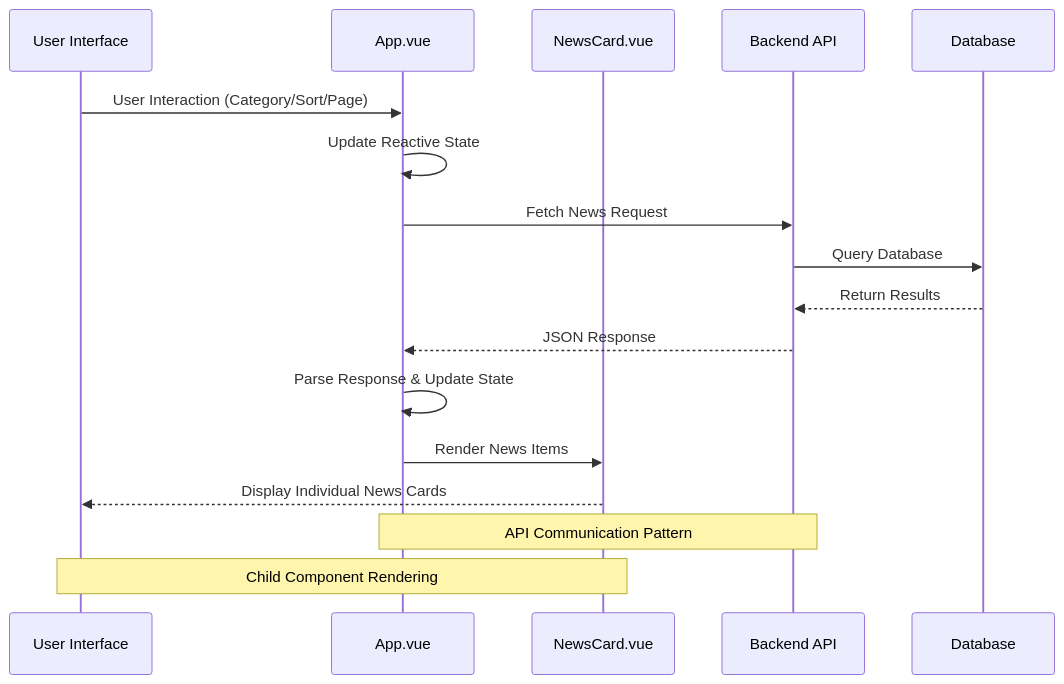
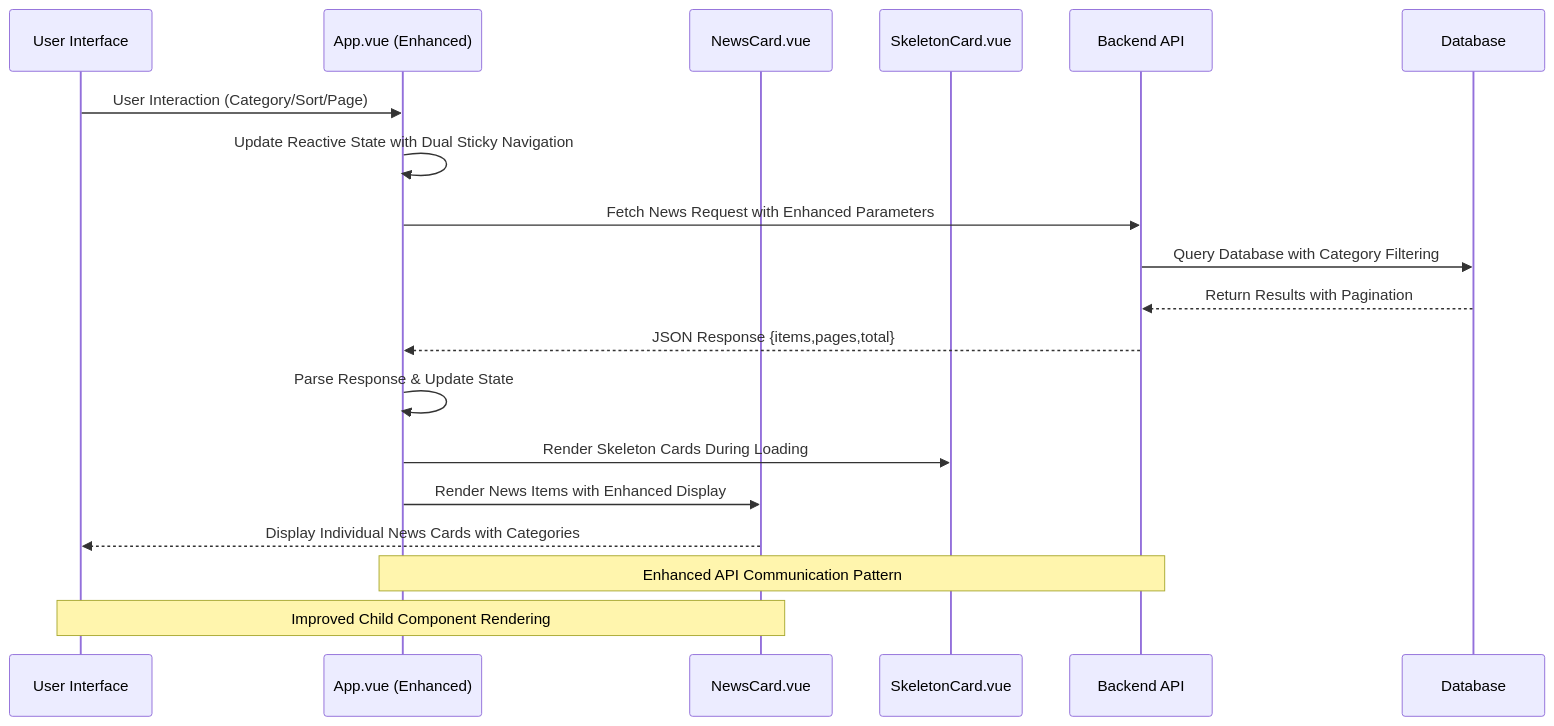
Before and after one commit to zbw-zbw/news-aggregator: the second of 11 diagrams in .qoder/repowiki/en/content/Frontend Application/App Component.md, drawn with Mermaid. The commit also changed other lines of this file and 4 other files, not shown here.

````diff
--- a/.qoder/repowiki/en/content/Frontend Application/App Component.md
+++ b/.qoder/repowiki/en/content/Frontend Application/App Component.md
@@ -92,19 +113,21 @@
 ```mermaid
 sequenceDiagram
 participant U as User Interface
-participant A as App.vue
+participant A as App.vue (Enhanced)
 participant S as NewsCard.vue
+participant SK as SkeletonCard.vue
 participant B as Backend API
 participant D as Database
 U->>A : User Interaction (Category/Sort/Page)
-A->>A : Update Reactive State
-A->>B : Fetch News Request
-B->>D : Query Database
-D-->>B : Return Results
-B-->>A : JSON Response
+A->>A : Update Reactive State with Dual Sticky Navigation
+A->>B : Fetch News Request with Enhanced Parameters
+B->>D : Query Database with Category Filtering
+D-->>B : Return Results with Pagination
+B-->>A : JSON Response {items,pages,total}
 A->>A : Parse Response & Update State
-A->>S : Render News Items
-S-->>U : Display Individual News Cards
-Note over A,B : API Communication Pattern
-Note over U,S : Child Component Rendering
+A->>SK : Render Skeleton Cards During Loading
+A->>S : Render News Items with Enhanced Display
+S-->>U : Display Individual News Cards with Categories
+Note over A,B : Enhanced API Communication Pattern
+Note over U,S : Improved Child Component Rendering
 ```
````
